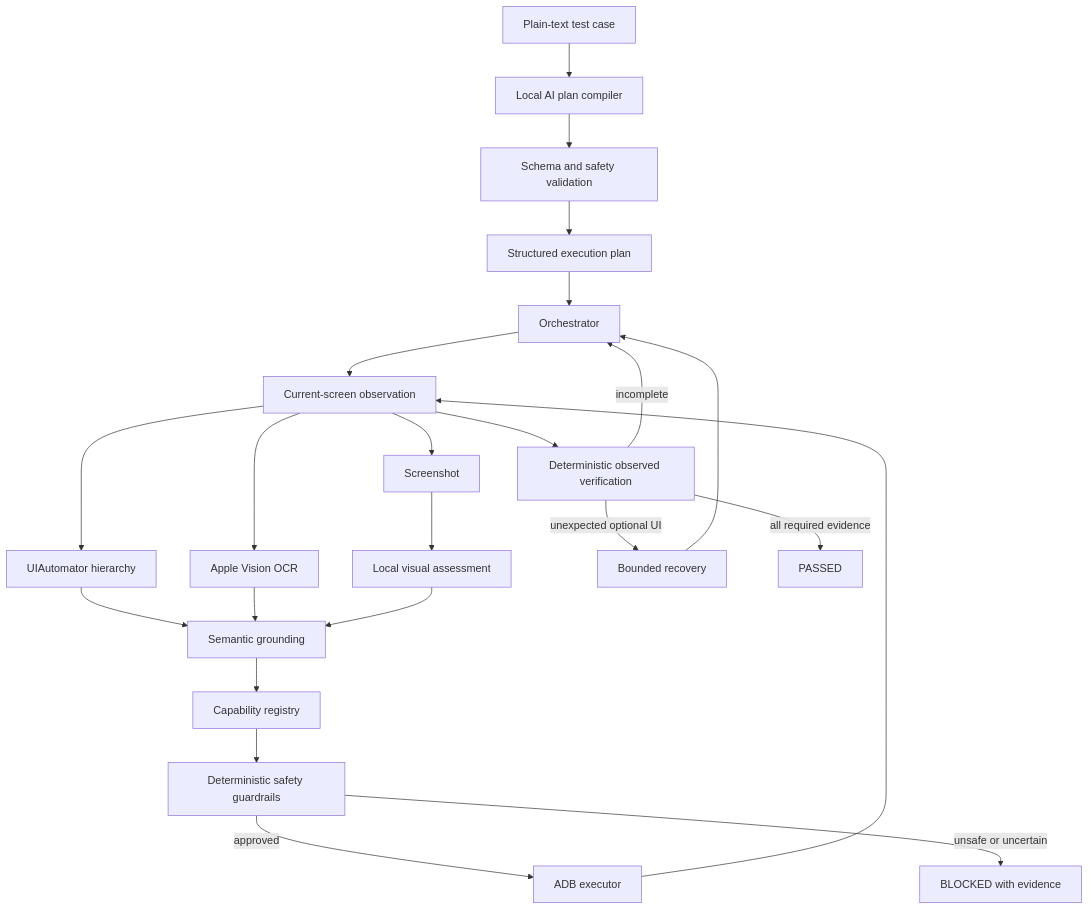
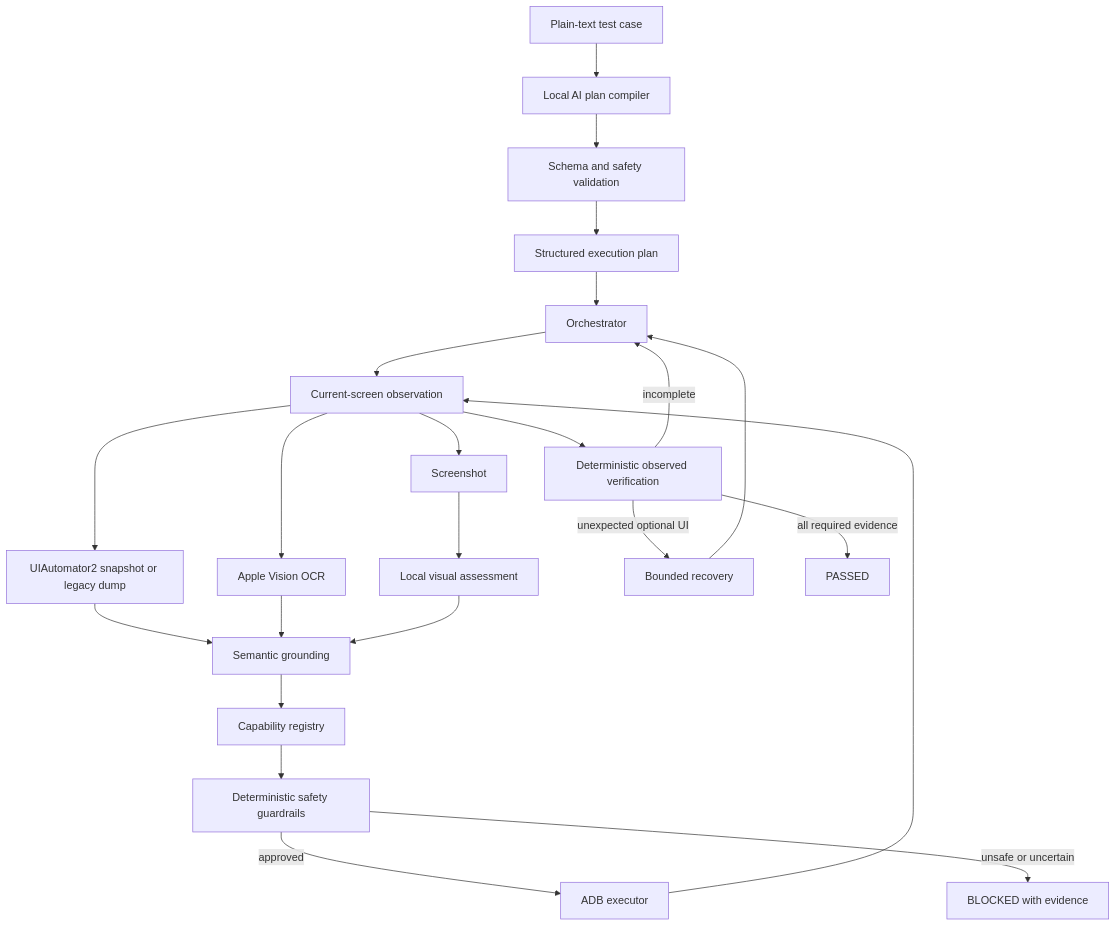
One commit to mfadlallah/android-test-automator changed the diagram in README.md. Above: the diagram before and after it, drawn with Mermaid. The commit also changed other lines of this file and 5 other files, not shown here.

Commit message:
Add bounded UIAutomator2 hierarchy snapshots for continuously updating screens

````diff
--- a/README.md
+++ b/README.md
@@ -18,29 +42,29 @@
 ```mermaid
 flowchart TD
     TC[Plain-text test case] --> PC[Local AI plan compiler]
     PC --> VP[Schema and safety validation]
     VP --> EP[Structured execution plan]
 
     EP --> OR[Orchestrator]
     OR --> OB[Current-screen observation]
-    OB --> UI[UIAutomator hierarchy]
+    OB --> UI[UIAutomator2 snapshot or legacy dump]
     OB --> OCR[Apple Vision OCR]
     OB --> SS[Screenshot]
 
     UI --> GR[Semantic grounding]
     OCR --> GR
     SS --> AI[Local visual assessment]
     AI --> GR
 
     GR --> CR[Capability registry]
     CR --> SG[Deterministic safety guardrails]
     SG -->|approved| ADB[ADB executor]
     SG -->|unsafe or uncertain| BL[BLOCKED with evidence]
     ADB --> OB
 
     OB --> VR[Deterministic observed verification]
     VR -->|incomplete| OR
     VR -->|unexpected optional UI| RC[Bounded recovery]
     RC --> OR
     VR -->|all required evidence| PS[PASSED]
 ```
````
